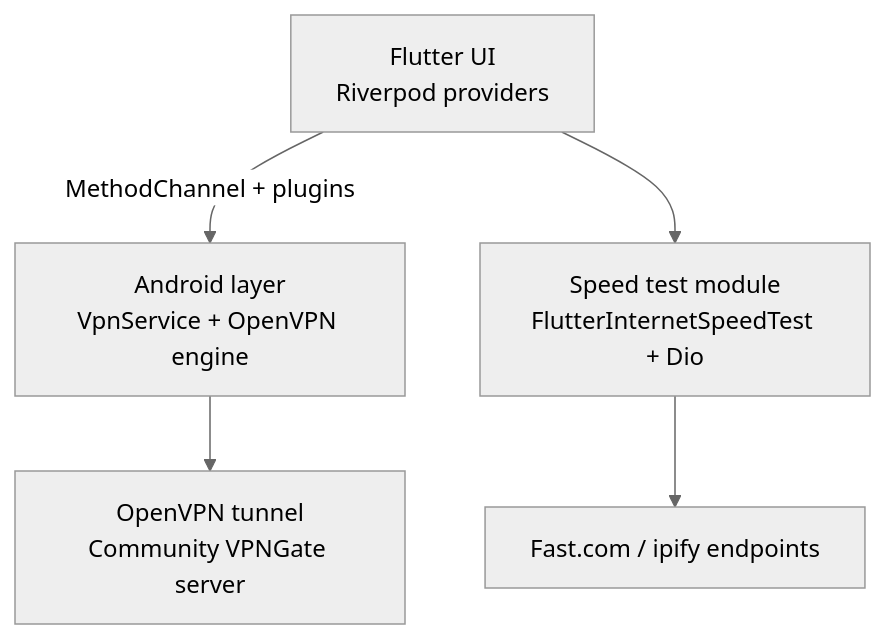
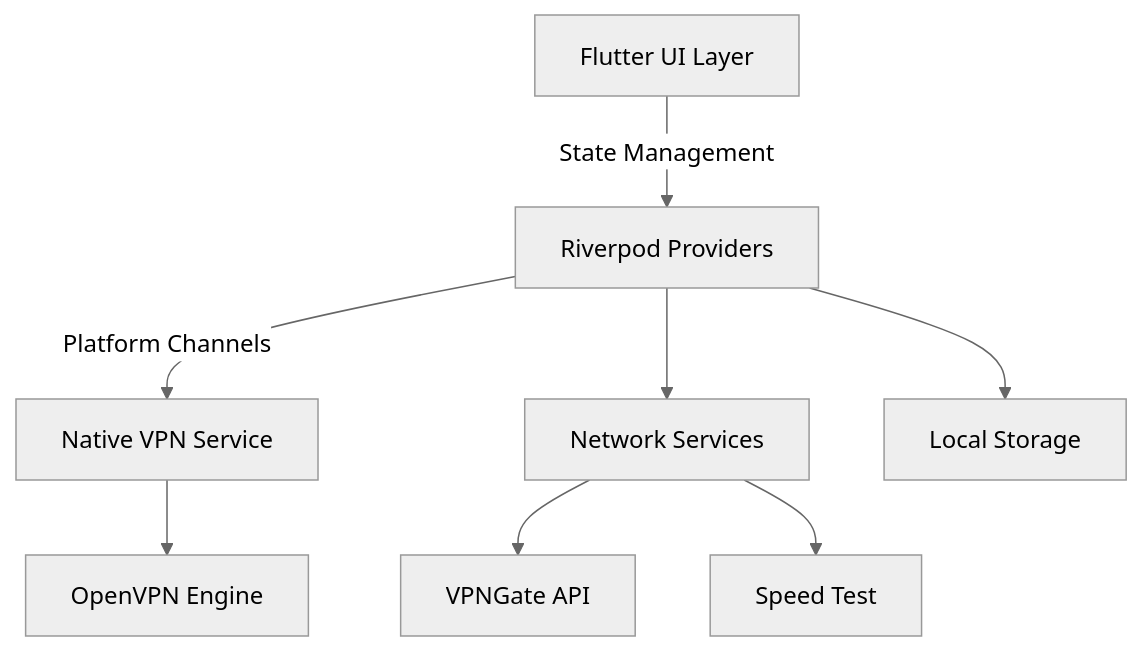
The diagram in README.md (PocketLLM/hivpn), drawn with Mermaid (neutral theme) before and after one commit. The commit also changed other lines of this file, not shown here.

````diff
--- a/README.md
+++ b/README.md
@@ -244,7 +267,10 @@
 ```mermaid
 graph TD
-  UI[Flutter UI<br/>Riverpod providers] -->|MethodChannel + plugins| AndroidVpn[Android layer<br/>VpnService + OpenVPN engine]
-  AndroidVpn --> Tunnel[OpenVPN tunnel<br/>Community VPNGate server]
-  UI --> SpeedTest[Speed test module<br/>FlutterInternetSpeedTest + Dio]
-  SpeedTest --> Diagnostics[Fast.com / ipify endpoints]
+    A[Flutter UI Layer] -->|State Management| B[Riverpod Providers]
+    B -->|Platform Channels| C[Native VPN Service]
+    C --> D[OpenVPN Engine]
+    B --> E[Network Services]
+    E --> F[VPNGate API]
+    E --> G[Speed Test]
+    B --> H[Local Storage]
 ```
````
